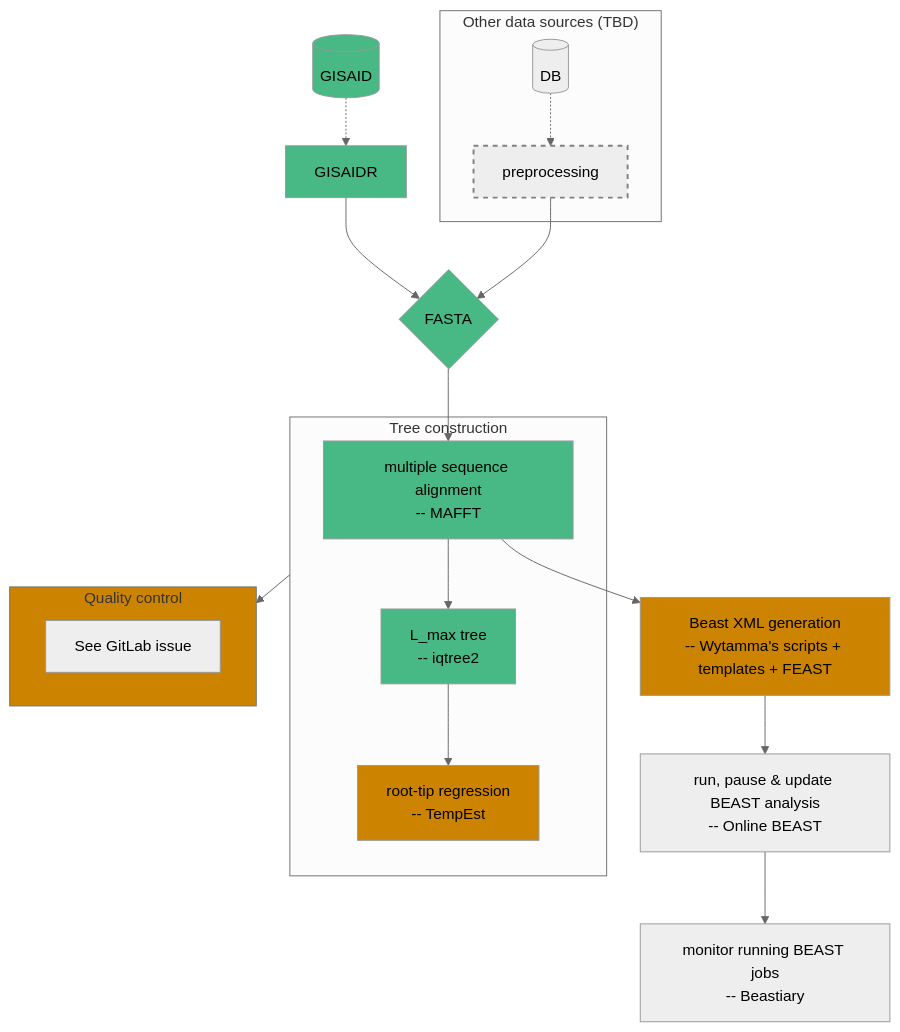
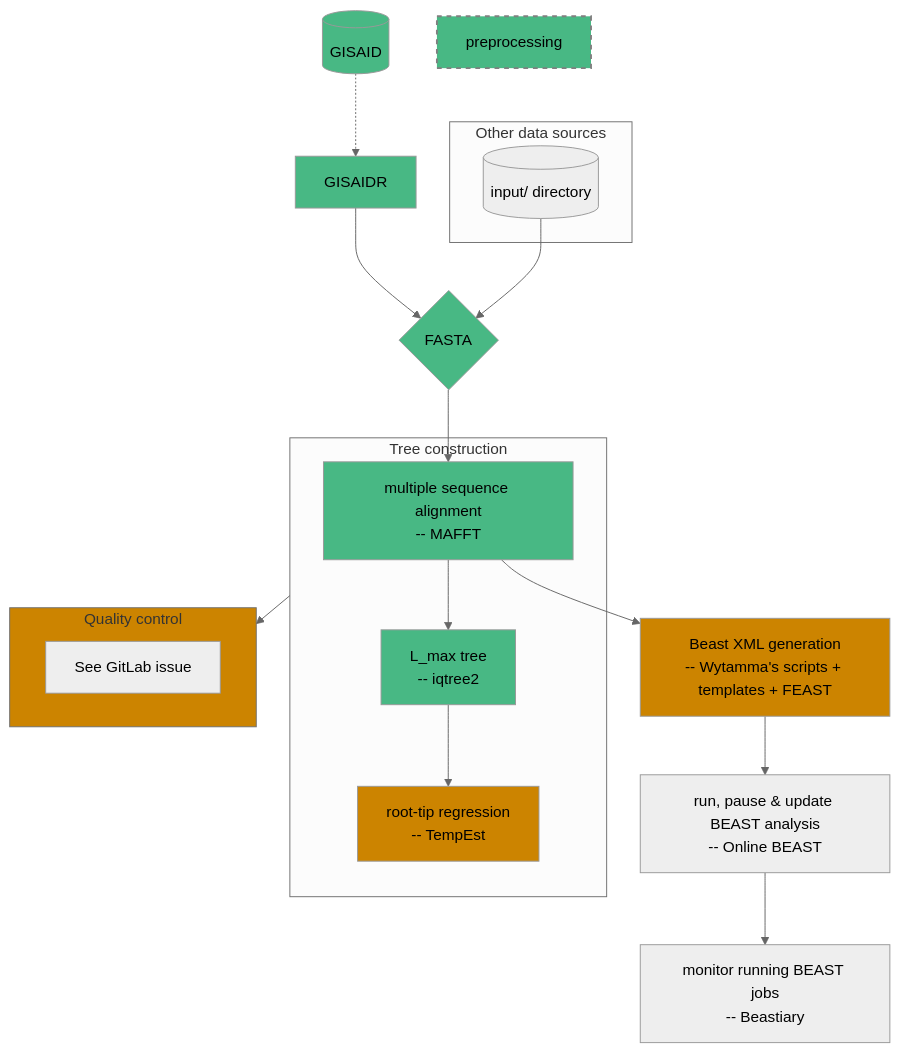
The diagram in README.md (mccoy-devs/mccoy), drawn with Mermaid before and after one commit.

````diff
--- a/README.md
+++ b/README.md
@@ -9,36 +9,36 @@
 ```mermaid
 %%{init: { 'theme':'neutral' } }%%
 flowchart TB
     gisaid[(GISAID)] -.-> GISAIDR --> FASTA{FASTA}
     click GISAIDR href "https://github.com/Wytamma/GISAIDR"
 
-    subgraph "Other data sources (TBD)"
-        style preprocessing stroke-width: 2, stroke: grey,stroke-dasharray: 5 5
-        otherSources[(DB)] -.-> preprocessing
+    subgraph "Other data sources"
+        style preprocessing stroke-width: 2, stroke: grey,stroke-dasharray: 5 5, fill: #48b884
+        otherSources[(input/ directory)]
     end 
-    preprocessing --> FASTA --> MSA
+    otherSources --> FASTA --> MSA
 
     subgraph treeConstruction["Tree construction"]
         MSA[multiple sequence alignment<br/>-- MAFFT] --> tree[L_max tree<br/>-- iqtree2] --> RTR[root-tip regression<br/>-- TempEst]
         click MSA href "https://github.com/GSLBiotech/mafft"
         click tree href "https://github.com/iqtree/iqtree2"
         click RTR href "https://gitlab.unimelb.edu.au/mdap-public/duchene-mdap-2022/-/issues/2"
     end
 
     subgraph QC["Quality control"]
         dummy[See GitLab issue]
         click dummy href "https://gitlab.unimelb.edu.au/mdap-public/duchene-mdap-2022/-/issues/3"
     end
     treeConstruction --> QC
 
     MSA --> XML[Beast XML generation<br/>-- Wytamma's scripts + templates + FEAST] --> OnlineBEAST[run, pause & update BEAST analysis<br/>-- Online BEAST] --> Beastiary[monitor running BEAST jobs<br/>-- Beastiary]
     click XML href "https://github.com/Wytamma/real-time-beast-pipeline"
     click OnlineBEAST href "https://github.com/Wytamma/online-beast"
     click Beastiary href "https://github.com/Wytamma/beastiary"
 
     classDef complete fill:#48b884;
     class gisaid,GISAIDR,FASTA,MSA,tree complete;
 
     classDef inProg fill:#cc8400;
     class RTR,QC,XML inProg;
 ```
````
